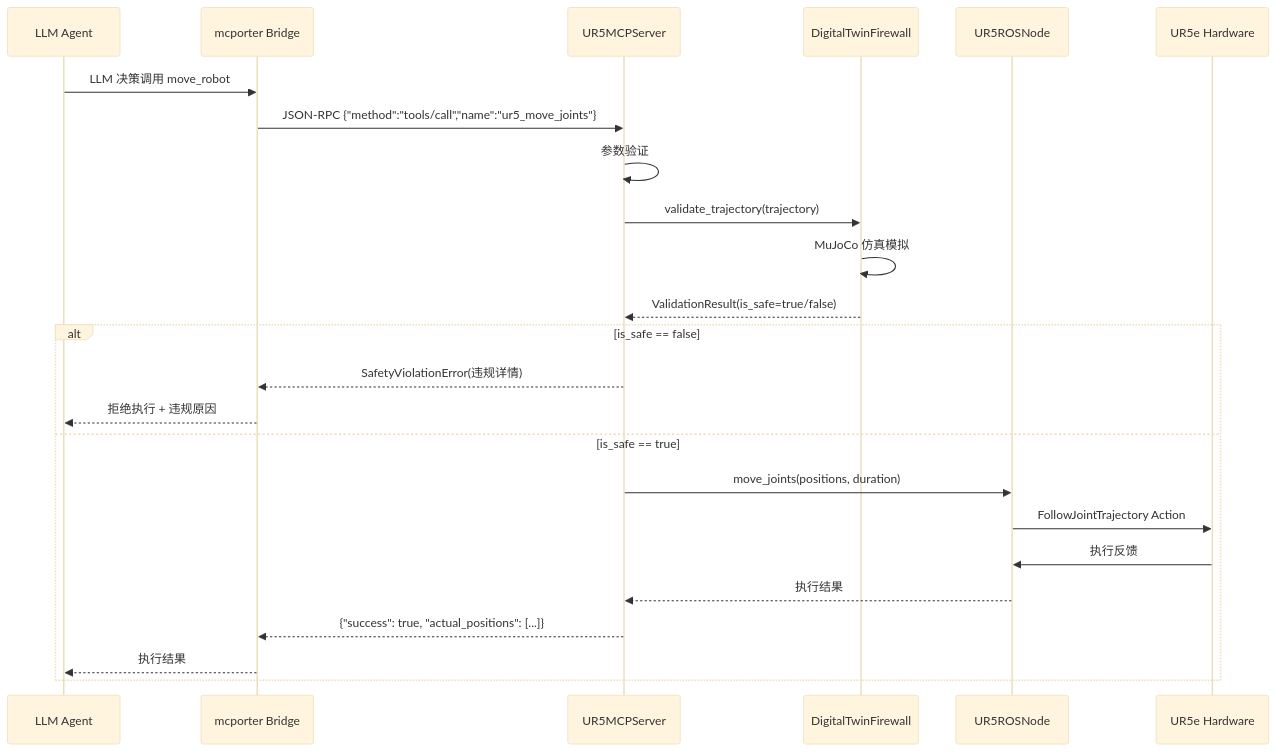
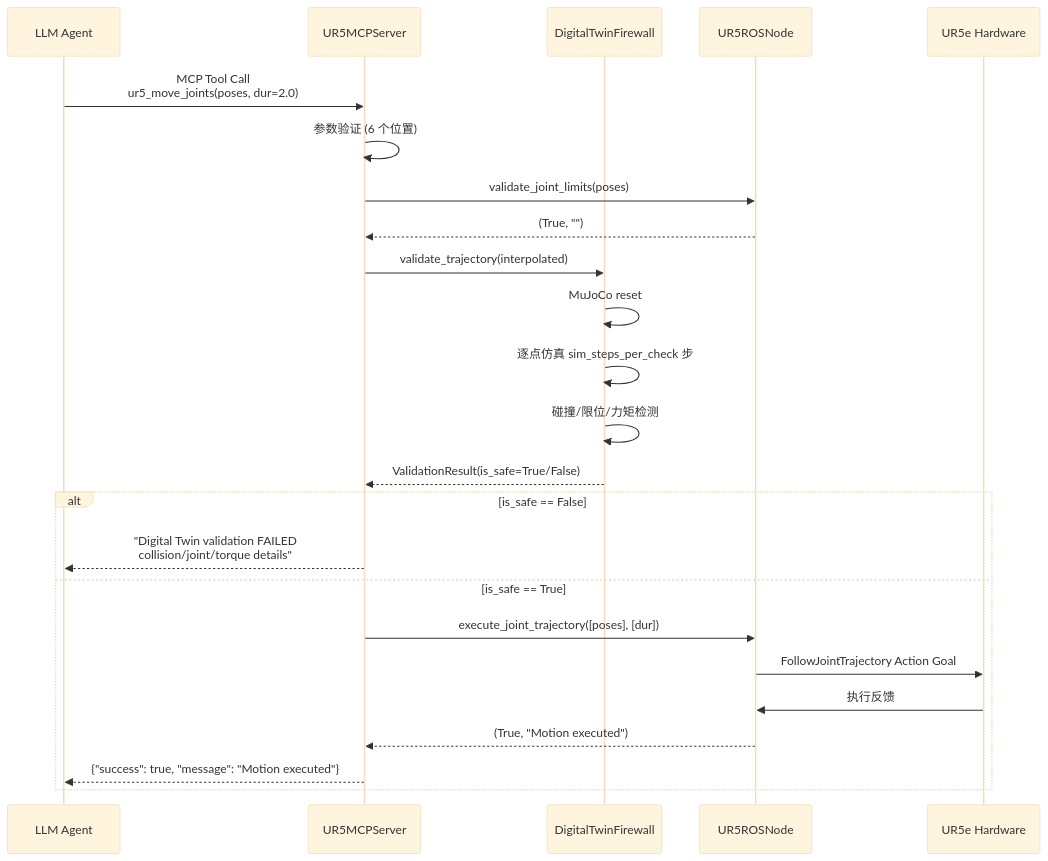
Before and after one commit to yongqingzs/legged_docs: diagram 11 of 17 in robot-agents/rosclaw/ANALYSIS.md, drawn with Mermaid (base theme). The commit also changed other lines of this file and 2 other files, not shown here.

Commit message:
feat: update robot-agents.

````diff
--- a/robot-agents/rosclaw/ANALYSIS.md
+++ b/robot-agents/rosclaw/ANALYSIS.md
@@ -463,28 +521,29 @@
 ```mermaid
 sequenceDiagram
     participant LLM as LLM Agent
-    participant MC as mcporter Bridge
     participant MCP as UR5MCPServer
     participant FW as DigitalTwinFirewall
     participant ROS as UR5ROSNode
     participant ROBOT as UR5e Hardware
 
-    LLM->>MC: LLM 决策调用 move_robot
-    MC->>MCP: JSON-RPC {"method":"tools/call","name":"ur5_move_joints"}
-    MCP->>MCP: 参数验证
-    MCP->>FW: validate_trajectory(trajectory)
-    FW->>FW: MuJoCo 仿真模拟
-    FW-->>MCP: ValidationResult(is_safe=true/false)
-    
-    alt is_safe == false
-        MCP-->>MC: SafetyViolationError(违规详情)
-        MC-->>LLM: 拒绝执行 + 违规原因
-    else is_safe == true
-        MCP->>ROS: move_joints(positions, duration)
-        ROS->>ROBOT: FollowJointTrajectory Action
+    LLM->>MCP: MCP Tool Call<br/>ur5_move_joints(poses, dur=2.0)
+    MCP->>MCP: 参数验证 (6 个位置)
+    MCP->>ROS: validate_joint_limits(poses)
+    ROS-->>MCP: (True, "")
+
+    MCP->>FW: validate_trajectory(interpolated)
+    FW->>FW: MuJoCo reset
+    FW->>FW: 逐点仿真 sim_steps_per_check 步
+    FW->>FW: 碰撞/限位/力矩检测
+    FW-->>MCP: ValidationResult(is_safe=True/False)
+
+    alt is_safe == False
+        MCP-->>LLM: "Digital Twin validation FAILED<br/>collision/joint/torque details"
+    else is_safe == True
+        MCP->>ROS: execute_joint_trajectory([poses], [dur])
+        ROS->>ROBOT: FollowJointTrajectory Action Goal
         ROBOT->>ROS: 执行反馈
-        ROS-->>MCP: 执行结果
-        MCP-->>MC: {"success": true, "actual_positions": [...]}
-        MC-->>LLM: 执行结果
+        ROS-->>MCP: (True, "Motion executed")
+        MCP-->>LLM: {"success": true, "message": "Motion executed"}
     end
 ```
````
